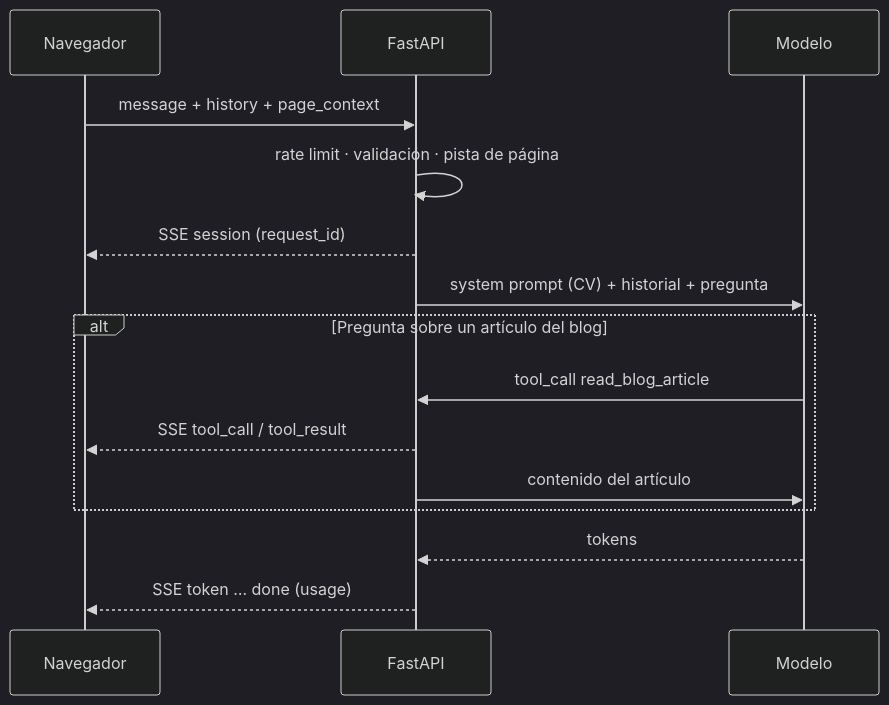
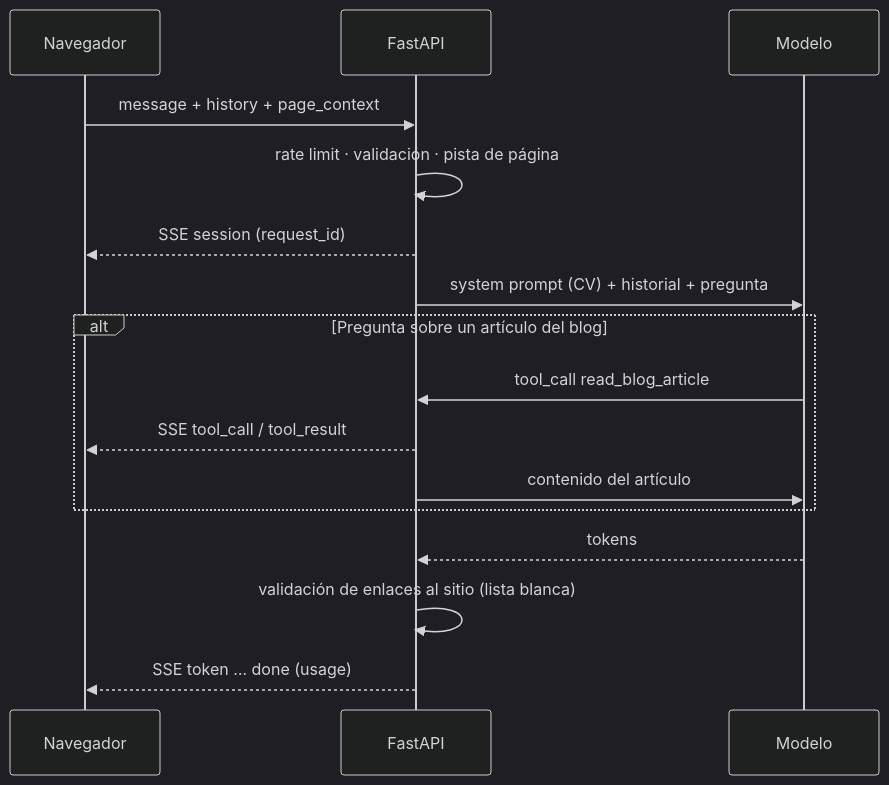
The second of 2 diagrams in CV/Chatbot/README.md (DemetrioTahoces/DemetrioTahoces.github.io), drawn with Mermaid (dark theme) before and after one commit. The commit also changed other lines of this file and 39 other files, not shown here.

````diff
--- a/CV/Chatbot/README.md
+++ b/CV/Chatbot/README.md
@@ -37,17 +38,18 @@
 ```mermaid
 sequenceDiagram
     participant B as Navegador
     participant F as FastAPI
     participant M as Modelo
     B->>F: message + history + page_context
     F->>F: rate limit · validación · pista de página
     F-->>B: SSE session (request_id)
     F->>M: system prompt (CV) + historial + pregunta
     alt Pregunta sobre un artículo del blog
         M->>F: tool_call read_blog_article
         F-->>B: SSE tool_call / tool_result
         F->>M: contenido del artículo
     end
     M-->>F: tokens
+    F->>F: validación de enlaces al sitio (lista blanca)
     F-->>B: SSE token … done (usage)
 ```
````
